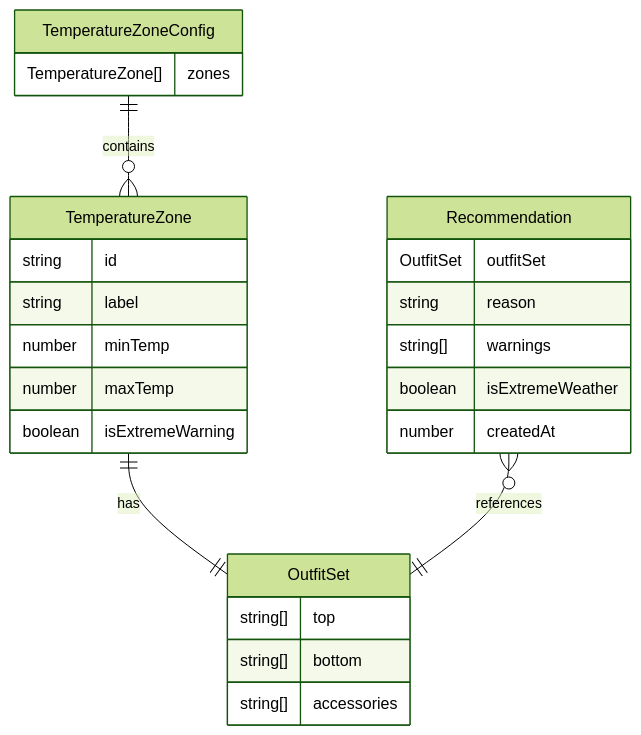
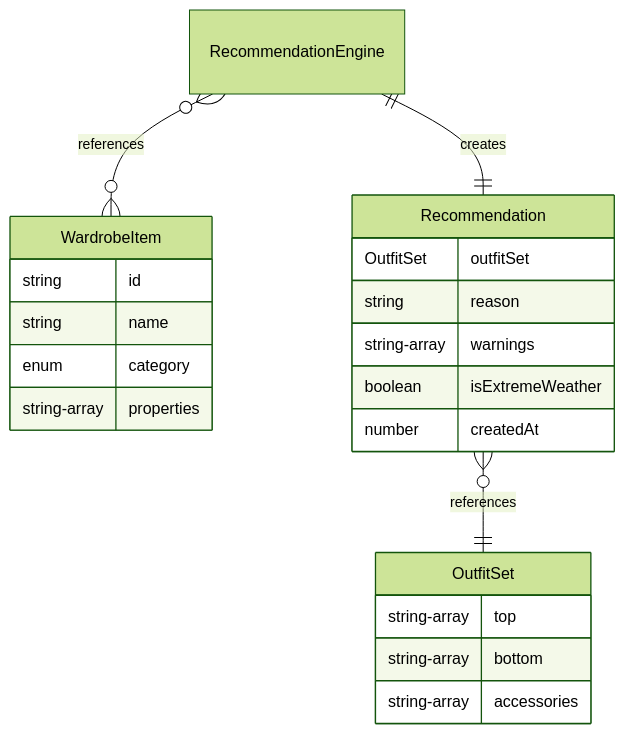
One commit to nukeguys/ootr changed the diagram in specs/domains/recommendation.mmd. Above: the diagram before and after it, drawn with Mermaid (forest theme). The commit also changed 3 other files, not shown here.

```diff
--- a/specs/domains/recommendation.mmd
+++ b/specs/domains/recommendation.mmd
@@ -1,26 +1,24 @@
 erDiagram
-    TemperatureZoneConfig ||--o{ TemperatureZone : contains
-    TemperatureZone ||--|| OutfitSet : has
+    RecommendationEngine }o--o{ WardrobeItem : references
+    RecommendationEngine ||--|| Recommendation : creates
     Recommendation }o--|| OutfitSet : references
-    TemperatureZone {
+    WardrobeItem {
         string id
-        string label
-        number minTemp
-        number maxTemp
-        boolean isExtremeWarning
+        string name
+        enum category
+        string-array properties
     }
     OutfitSet {
-        string[] top
-        string[] bottom
-        string[] accessories
+        string-array top
+        string-array bottom
+        string-array accessories
     }
     Recommendation {
         OutfitSet outfitSet
         string reason
-        string[] warnings
+        string-array warnings
         boolean isExtremeWeather
         number createdAt
     }
-    TemperatureZoneConfig {
-        TemperatureZone[] zones
+    RecommendationEngine {
     }
```
